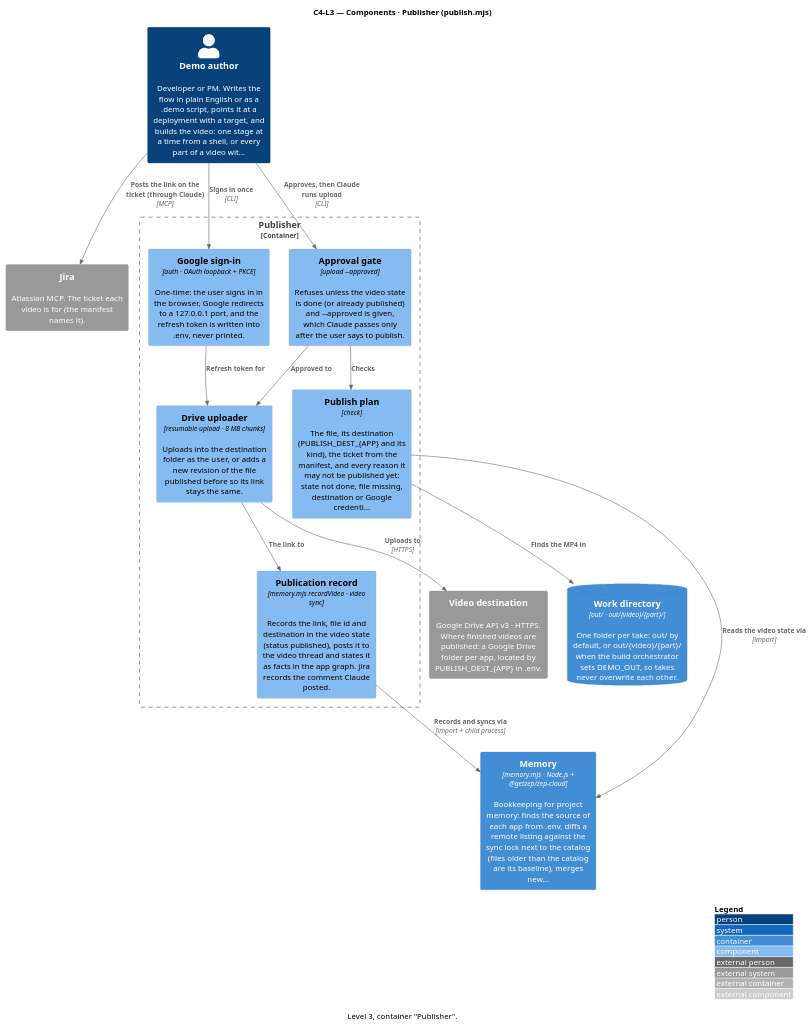
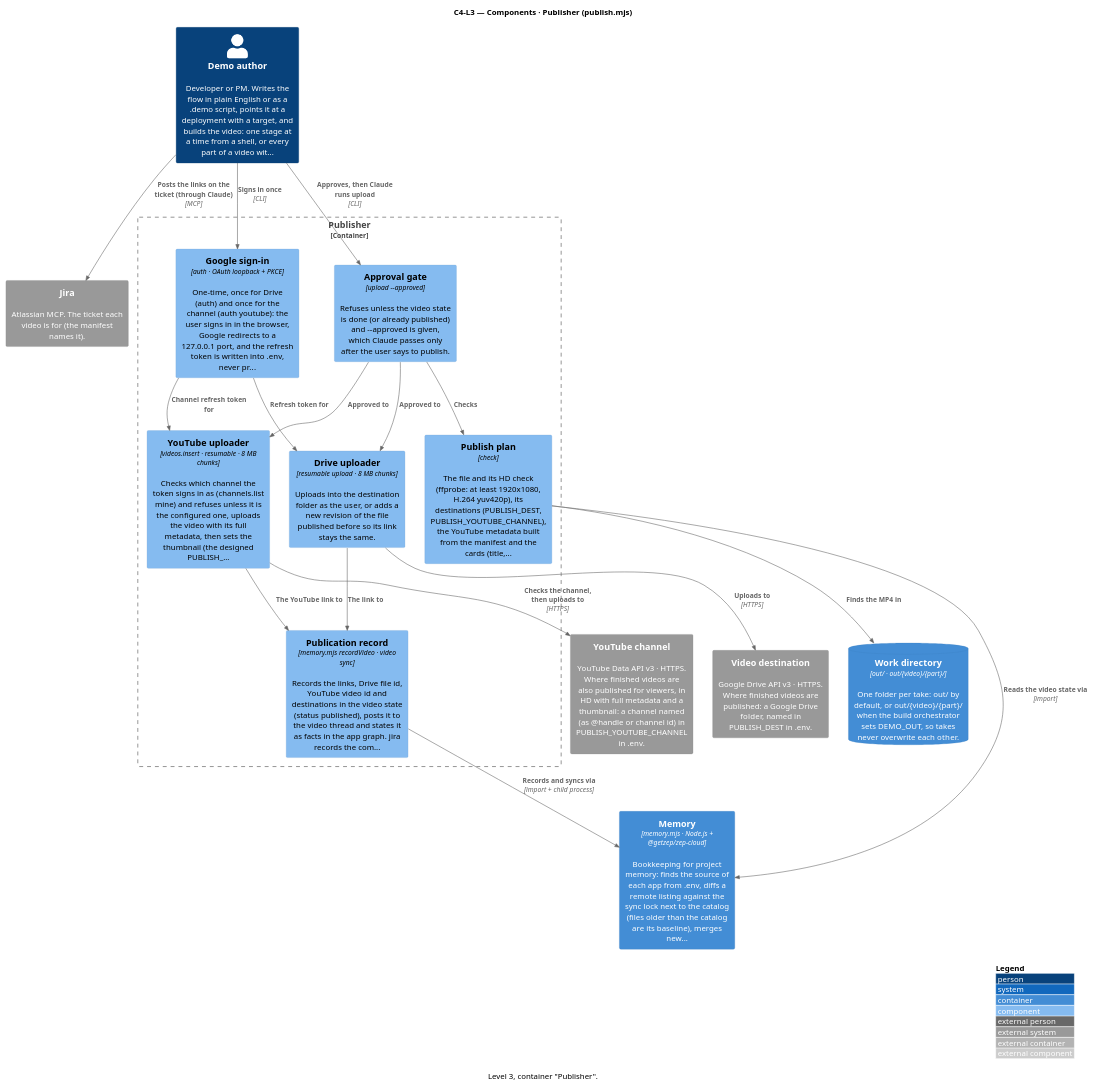
Before and after one commit to ssunduko/product-video: the diagram in docs/c4-l3-publisher.puml, drawn with PlantUML. The commit also changed 20 other files, not shown here.

```diff
--- a/docs/c4-l3-publisher.puml
+++ b/docs/c4-l3-publisher.puml
@@ -1,37 +1,43 @@
 @startuml c4-l3-publisher
 ' Generated by docs/c4-model.mjs — do not edit; edit the model and re-run.
 !include <C4/C4_Component>
 ' No bundled C4 stdlib? Replace the line above with:
 ' !include https://raw.githubusercontent.com/plantuml-stdlib/C4-PlantUML/master/C4_Component.puml
 
 title C4-L3 — Components · Publisher (publish.mjs)
 caption Level 3, container "Publisher".
 
 Person(demo_author, "Demo author", "Developer or PM. Writes the flow in plain English or as a .demo script, points it at a deployment with a target, and builds the video: one stage at a time from a shell, or every part of a video wit...")
 ContainerDb(work_directory, "Work directory", "out/ · out/{video}/{part}/", "One folder per take: out/ by default, or out/{video}/{part}/ when the build orchestrator sets DEMO_OUT, so takes never overwrite each other.")
 Container(memory, "Memory", "memory.mjs · Node.js + @getzep/zep-cloud", "Bookkeeping for project memory: finds the source of each app from .env, diffs a remote listing against the sync lock next to the catalog (files older than the catalog are its baseline), merges new...")
-System_Ext(video_destination, "Video destination", "Google Drive API v3 · HTTPS. Where finished videos are published: a Google Drive folder per app, located by PUBLISH_DEST_{APP} in .env.")
+System_Ext(video_destination, "Video destination", "Google Drive API v3 · HTTPS. Where finished videos are published: a Google Drive folder, named in PUBLISH_DEST in .env.")
+System_Ext(youtube_channel, "YouTube channel", "YouTube Data API v3 · HTTPS. Where finished videos are also published for viewers, in HD with full metadata and a thumbnail: a channel named (as @handle or channel id) in PUBLISH_YOUTUBE_CHANNEL in .env.")
 System_Ext(jira, "Jira", "Atlassian MCP. The ticket each video is for (the manifest names it).")
 
 Container_Boundary(publisher_2, "Publisher") {
-  Component(publish_plan, "Publish plan", "check", "The file, its destination (PUBLISH_DEST_{APP} and its kind), the ticket from the manifest, and every reason it may not be published yet: state not done, file missing, destination or Google credenti...")
-  Component(google_sign_in, "Google sign-in", "auth · OAuth loopback + PKCE", "One-time: the user signs in in the browser, Google redirects to a 127.0.0.1 port, and the refresh token is written into .env, never printed.")
+  Component(publish_plan, "Publish plan", "check", "The file and its HD check (ffprobe: at least 1920x1080, H.264 yuv420p), its destinations (PUBLISH_DEST, PUBLISH_YOUTUBE_CHANNEL), the YouTube metadata built from the manifest and the cards (title,...")
+  Component(google_sign_in, "Google sign-in", "auth · OAuth loopback + PKCE", "One-time, once for Drive (auth) and once for the channel (auth youtube): the user signs in in the browser, Google redirects to a 127.0.0.1 port, and the refresh token is written into .env, never pr...")
   Component(approval_gate, "Approval gate", "upload --approved", "Refuses unless the video state is done (or already published) and --approved is given, which Claude passes only after the user says to publish.")
   Component(drive_uploader, "Drive uploader", "resumable upload · 8 MB chunks", "Uploads into the destination folder as the user, or adds a new revision of the file published before so its link stays the same.")
-  Component(publication_record, "Publication record", "memory.mjs recordVideo · video sync", "Records the link, file id and destination in the video state (status published), posts it to the video thread and states it as facts in the app graph. jira records the comment Claude posted.")
+  Component(youtube_uploader, "YouTube uploader", "videos.insert · resumable · 8 MB chunks", "Checks which channel the token signs in as (channels.list mine) and refuses unless it is the configured one, uploads the video with its full metadata, then sets the thumbnail (the designed PUBLISH_...")
+  Component(publication_record, "Publication record", "memory.mjs recordVideo · video sync", "Records the links, Drive file id, YouTube video id and destinations in the video state (status published), posts it to the video thread and states it as facts in the app graph. jira records the com...")
 }
 
 Rel(demo_author, google_sign_in, "Signs in once", "CLI")
 Rel(demo_author, approval_gate, "Approves, then Claude runs upload", "CLI")
 Rel(approval_gate, publish_plan, "Checks")
 Rel(publish_plan, memory, "Reads the video state via", "import")
 Rel(publish_plan, work_directory, "Finds the MP4 in")
 Rel(approval_gate, drive_uploader, "Approved to")
 Rel(google_sign_in, drive_uploader, "Refresh token for")
 Rel(drive_uploader, video_destination, "Uploads to", "HTTPS")
 Rel(drive_uploader, publication_record, "The link to")
+Rel(approval_gate, youtube_uploader, "Approved to")
+Rel(google_sign_in, youtube_uploader, "Channel refresh token for")
+Rel(youtube_uploader, youtube_channel, "Checks the channel, then uploads to", "HTTPS")
+Rel(youtube_uploader, publication_record, "The YouTube link to")
 Rel(publication_record, memory, "Records and syncs via", "import + child process")
-Rel(demo_author, jira, "Posts the link on the ticket (through Claude)", "MCP")
+Rel(demo_author, jira, "Posts the links on the ticket (through Claude)", "MCP")
 
 LAYOUT_WITH_LEGEND()
 @enduml
```
